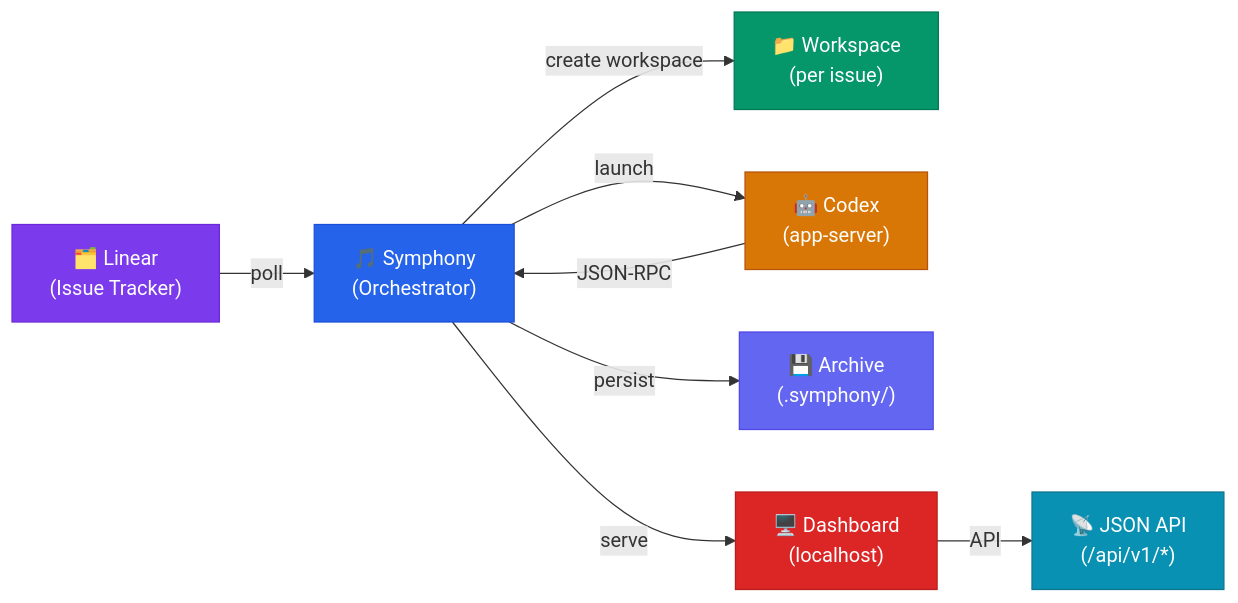
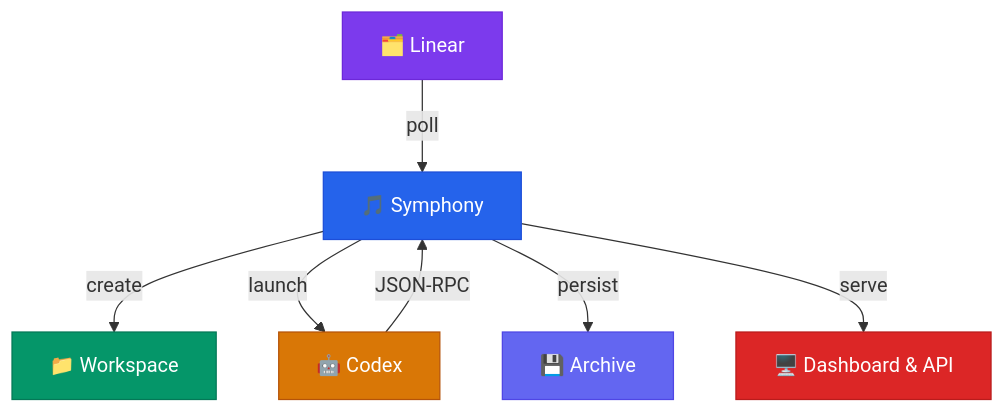
Before and after one commit to OmerFarukOruc/risoluto: the diagram in README.md, drawn with Mermaid.

Commit message:
docs: fix architecture diagram layout to top-down

````diff
--- a/README.md
+++ b/README.md
@@ -29,18 +29,16 @@
 ```mermaid
-flowchart LR
-    A["🗂️ Linear\n(Issue Tracker)"] -->|poll| B["🎵 Symphony\n(Orchestrator)"]
-    B -->|create workspace| C["📁 Workspace\n(per issue)"]
-    B -->|launch| D["🤖 Codex\n(app-server)"]
+flowchart TD
+    A["🗂️ Linear"] -->|poll| B["🎵 Symphony"]
+    B -->|create| C["📁 Workspace"]
+    B -->|launch| D["🤖 Codex"]
     D -->|JSON-RPC| B
-    B -->|persist| E["💾 Archive\n(.symphony/)"]
-    B -->|serve| F["🖥️ Dashboard\n(localhost)"]
-    F -->|API| G["📡 JSON API\n(/api/v1/*)"]
+    B -->|persist| E["💾 Archive"]
+    B -->|serve| F["🖥️ Dashboard & API"]
 
     style A fill:#7c3aed,stroke:#6d28d9,color:#fff
     style B fill:#2563eb,stroke:#1d4ed8,color:#fff
     style C fill:#059669,stroke:#047857,color:#fff
     style D fill:#d97706,stroke:#b45309,color:#fff
     style E fill:#6366f1,stroke:#4f46e5,color:#fff
     style F fill:#dc2626,stroke:#b91c1c,color:#fff
-    style G fill:#0891b2,stroke:#0e7490,color:#fff
 ```
````
